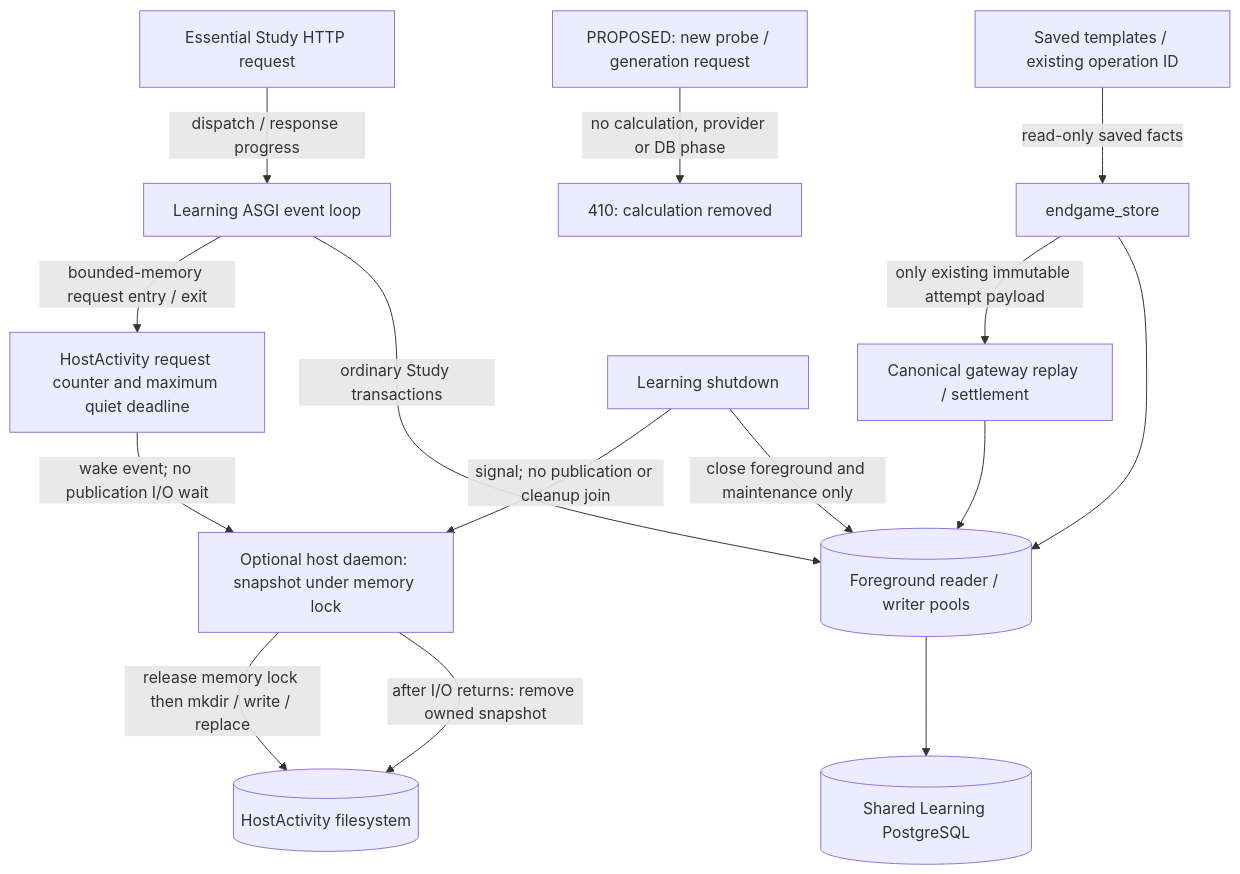
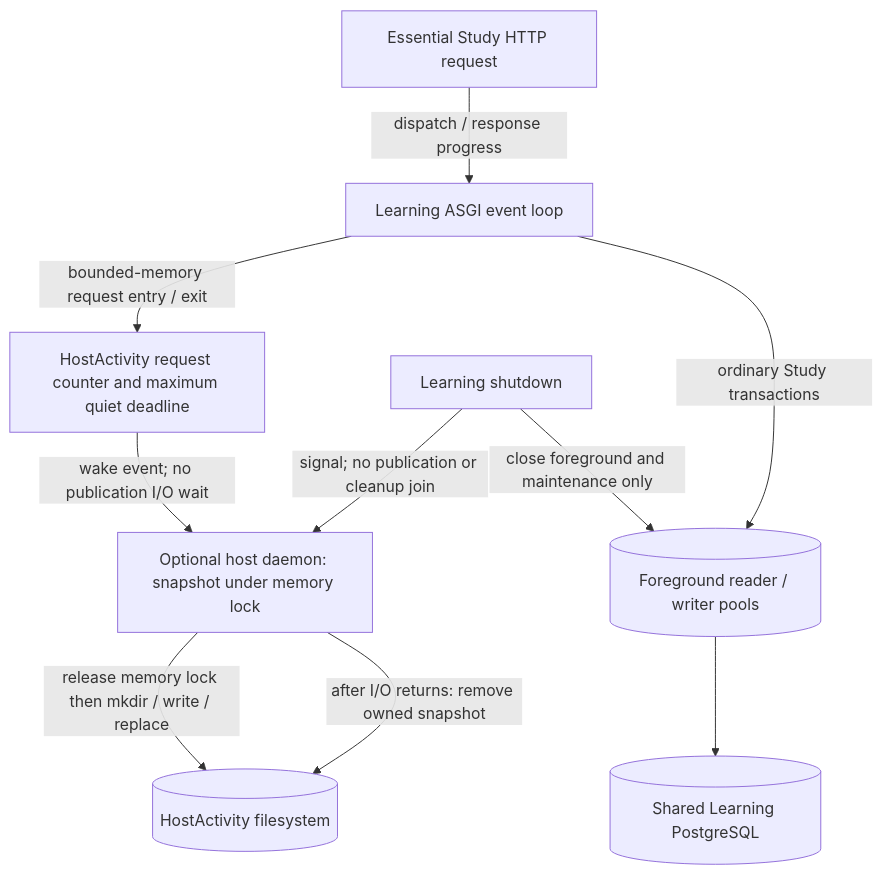
One commit to aaweaver-actuary/tempo changed the fourth of 6 diagrams in services/learning/runtime/README.md. Above: the diagram before and after it, drawn with Mermaid. The commit also changed other lines of this file and 402 other files, not shown here.

````diff
--- a/services/learning/runtime/README.md
+++ b/services/learning/runtime/README.md
@@ -91,17 +91,12 @@
 ```mermaid
 flowchart TB
   Study["Essential Study HTTP request"] -->|"dispatch / response progress"| Loop["Learning ASGI event loop"]
   Loop -->|"bounded-memory request entry / exit"| Activity["HostActivity request counter and maximum quiet deadline"]
   Activity -->|"wake event; no publication I/O wait"| Publisher["Optional host daemon: snapshot under memory lock"]
   Publisher -->|"release memory lock then mkdir / write / replace"| Files[("HostActivity filesystem")]
-  Endgame["PROPOSED: new probe / generation request"] -->|"no calculation, provider or DB phase"| Removed["410: calculation removed"]
-  Saved["Saved templates / existing operation ID"] -->|"read-only saved facts"| Store["endgame_store"]
-  Store -->|"only existing immutable attempt payload"| Gateway["Canonical gateway replay / settlement"]
-  Gateway --> Foreground
-  Store --> Foreground
   Loop -->|"ordinary Study transactions"| Foreground[("Foreground reader / writer pools")]
   Foreground --> DB[("Shared Learning PostgreSQL")]
   Shutdown["Learning shutdown"] -->|"signal; no publication or cleanup join"| Publisher
   Publisher -->|"after I/O returns: remove owned snapshot"| Files
   Shutdown -->|"close foreground and maintenance only"| Foreground
 ```
````
